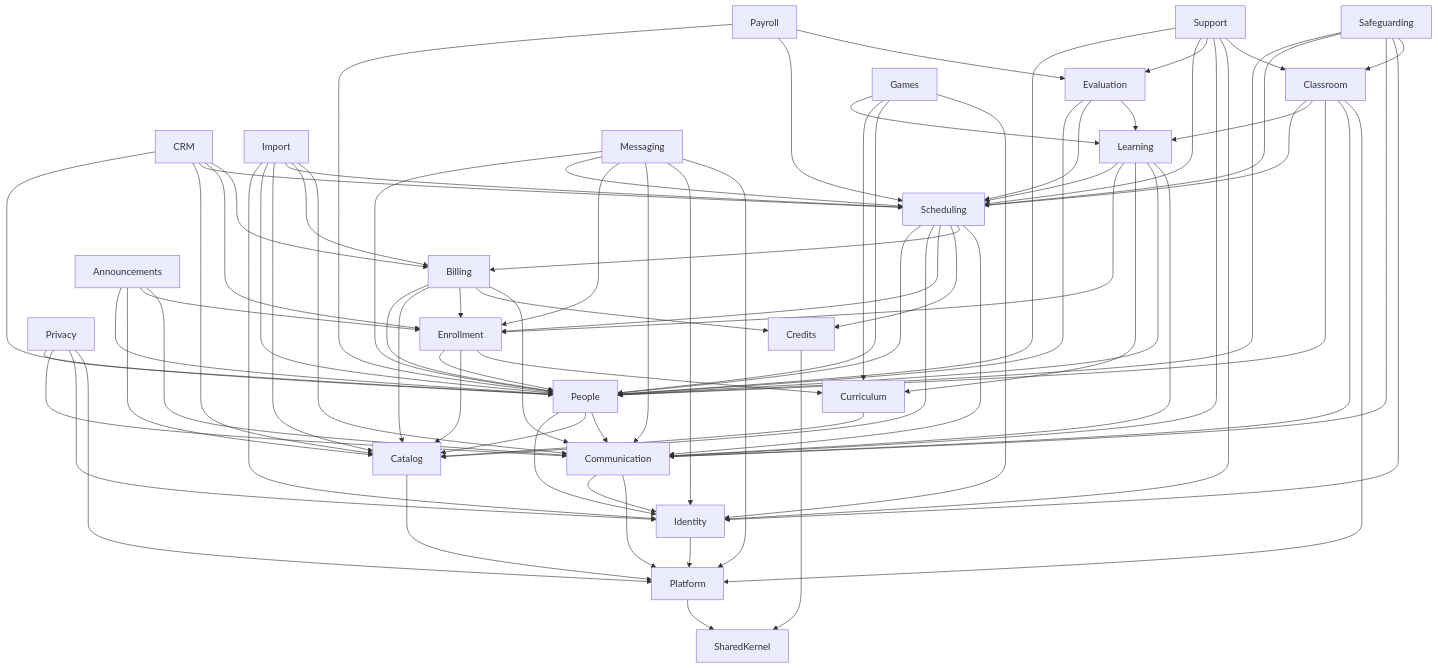
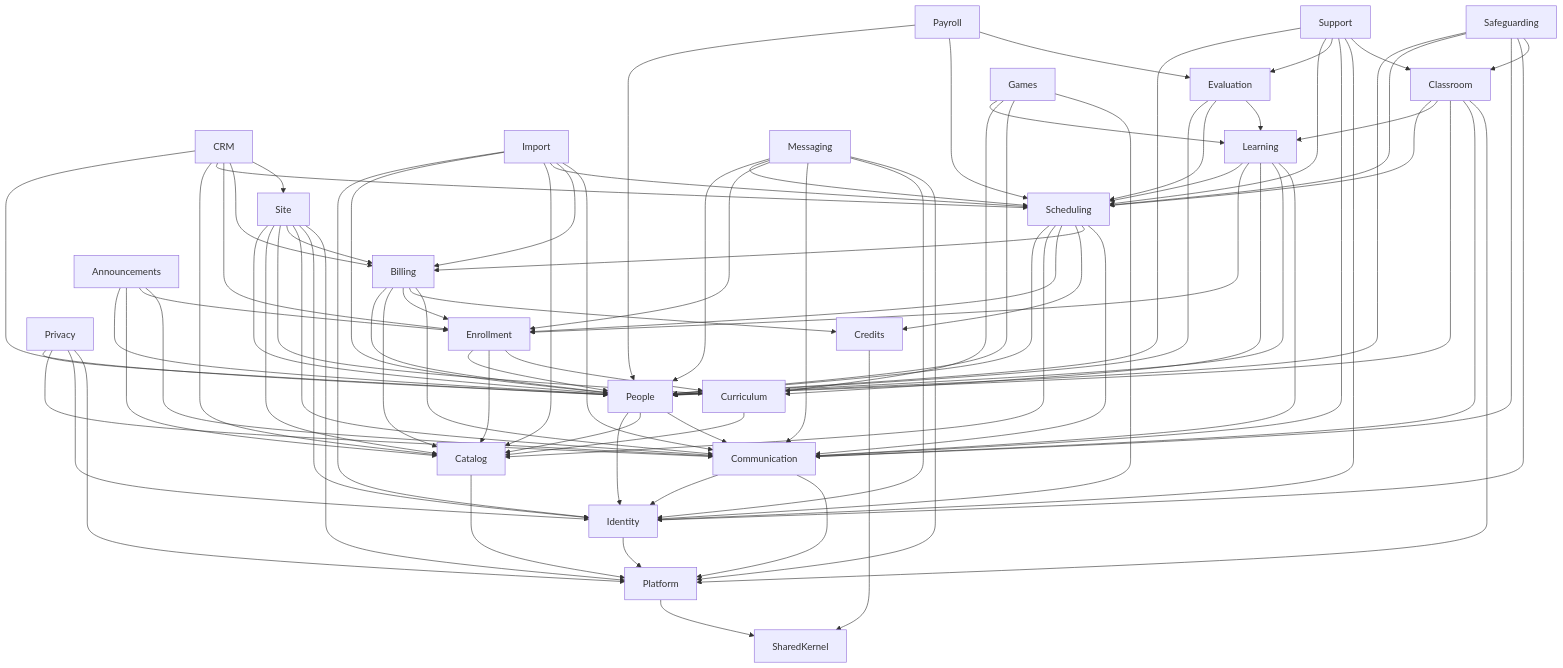
Before and after one commit to Mahmoud-Elgonidi/academy-lms: the diagram in docs/architecture/04-design-patterns.md, drawn with Mermaid. The commit also changed other lines of this file and 3 other files, not shown here.

````diff
--- a/docs/architecture/04-design-patterns.md
+++ b/docs/architecture/04-design-patterns.md
@@ -54,25 +55,26 @@
 ```mermaid
 flowchart TD
-    CRM --> People & Catalog & Scheduling & Enrollment & Billing
+    CRM --> People & Catalog & Scheduling & Enrollment & Billing & Site
+    Site --> People & Catalog & Curriculum & Billing & Communication & Identity & Platform
     Import --> Identity & People & Catalog & Scheduling & Billing & Communication
     Payroll --> People & Scheduling & Evaluation
     Evaluation --> People & Scheduling & Learning
     Support --> People & Scheduling & Evaluation & Communication & Identity & Classroom
     Privacy --> People & Communication & Identity & Platform
     Safeguarding --> People & Scheduling & Communication & Identity & Classroom
     Messaging --> People & Scheduling & Enrollment & Communication & Identity & Platform
     Announcements --> People & Catalog & Enrollment & Communication
     Games --> Learning & Curriculum & People & Identity
     Learning --> Scheduling & Enrollment & Curriculum & People & Communication
     Billing --> People & Catalog & Enrollment & Credits & Communication
     Classroom --> Scheduling & Learning & People & Communication & Platform
     Scheduling --> People & Catalog & Enrollment & Credits & Billing & Communication
     Enrollment --> People & Catalog & Curriculum
     Curriculum --> Catalog
     People --> Identity & Catalog & Communication
     Communication --> Identity & Platform
     Identity --> Platform
     Catalog --> Platform
     Credits --> SharedKernel
     Platform --> SharedKernel
 ```
````
